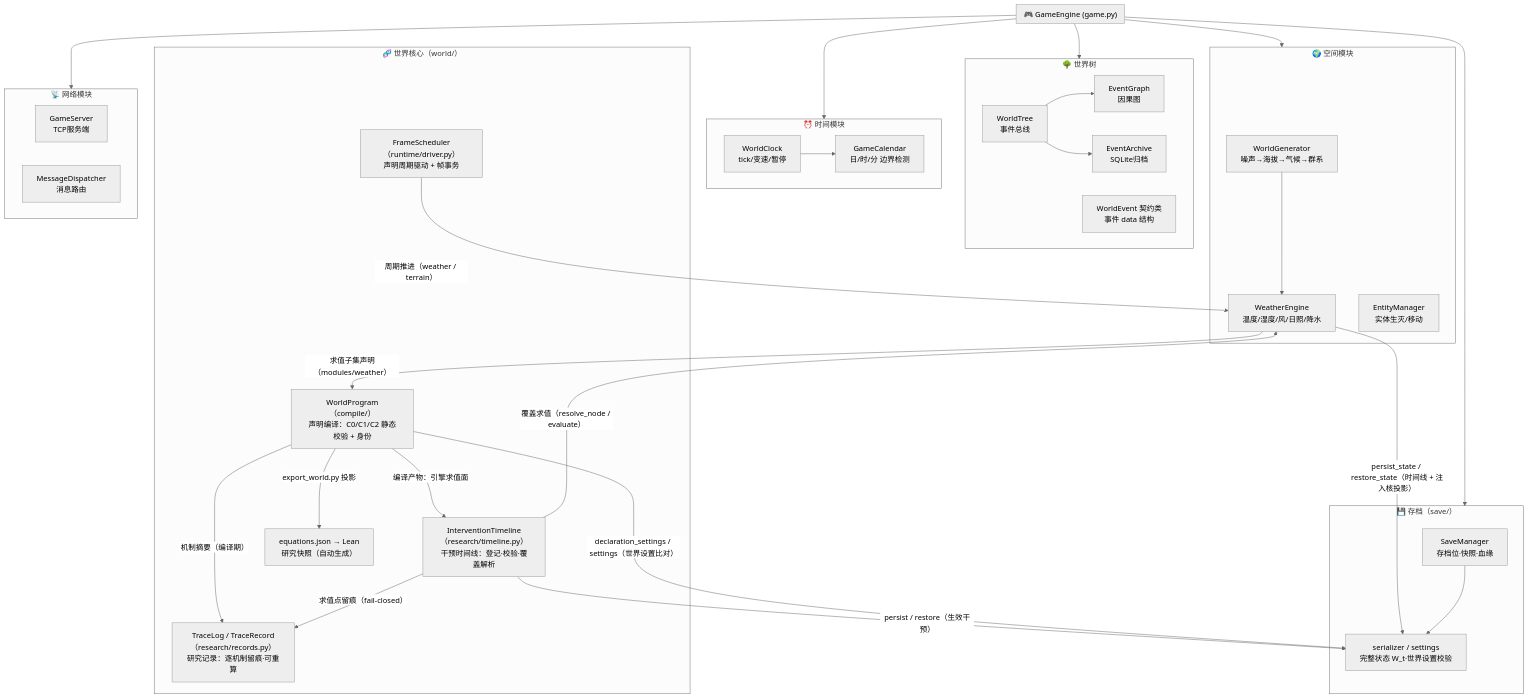
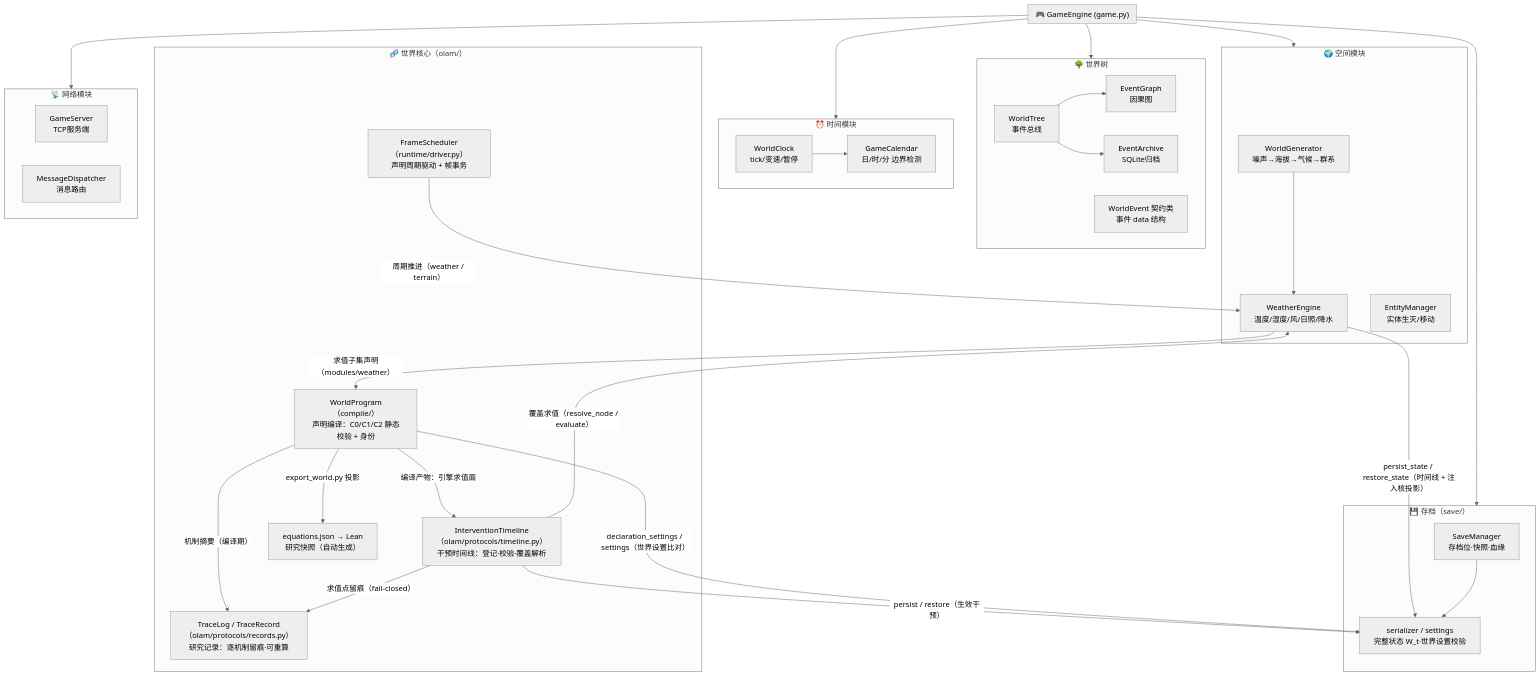
One commit to Jedidiah-Zhang/Ascend changed the first of 6 diagrams in docs/diagrams/architecture.md. Above: the diagram before and after it, drawn with Mermaid (neutral theme). The commit also changed 781 other files, not shown here.

````diff
--- a/docs/diagrams/architecture.md
+++ b/docs/diagrams/architecture.md
@@ -5,64 +5,64 @@
 ```mermaid
 graph TD
     subgraph GameEngine["🎮 GameEngine (game.py)"]
         direction LR
     end
 
     subgraph WorldTree["🌳 世界树"]
         WT_Tree["WorldTree<br/>事件总线"]
         WT_Graph["EventGraph<br/>因果图"]
         WT_Archive["EventArchive<br/>SQLite归档"]
         WT_Contract["WorldEvent 契约类<br/>事件 data 结构"]
     end
 
     subgraph Time["⏰ 时间模块"]
         CLK["WorldClock<br/>tick/变速/暂停"]
         CAL["GameCalendar<br/>日/时/分 边界检测"]
     end
 
     subgraph Space["🌍 空间模块"]
         GEN["WorldGenerator<br/>噪声→海拔→气候→群系"]
         WEA["WeatherEngine<br/>温度/湿度/风/日照/降水"]
         ENT["EntityManager<br/>实体生灭/移动"]
     end
 
-    subgraph World["🧬 世界核心（world/）"]
+    subgraph World["🧬 世界核心（olam/）"]
         REG["WorldProgram（compile/）<br/>声明编译：C0/C1/C2 静态校验 + 身份"]
-        IVT["InterventionTimeline（research/timeline.py）<br/>干预时间线：登记·校验·覆盖解析"]
+        IVT["InterventionTimeline（olam/protocols/timeline.py）<br/>干预时间线：登记·校验·覆盖解析"]
         SNAP["equations.json → Lean<br/>研究快照（自动生成）"]
-        TRC["TraceLog / TraceRecord（research/records.py）<br/>研究记录：逐机制留痕·可重算"]
+        TRC["TraceLog / TraceRecord（olam/protocols/records.py）<br/>研究记录：逐机制留痕·可重算"]
         DRV["FrameScheduler（runtime/driver.py）<br/>声明周期驱动 + 帧事务"]
     end
 
     subgraph Save["💾 存档（save/）"]
         SM["SaveManager<br/>存档位·快照·血缘"]
         SER["serializer / settings<br/>完整状态 W_t·世界设置校验"]
     end
 
     subgraph Net["📡 网络模块"]
         SRV["GameServer<br/>TCP服务端"]
         DISP["MessageDispatcher<br/>消息路由"]
     end
 
     WT_Tree --> WT_Graph
     WT_Tree --> WT_Archive
     CLK --> CAL
     GEN --> WEA
     WEA -->|"求值子集声明（modules/weather）"| REG
     REG -->|"编译产物：引擎求值面"| IVT
     IVT -->|"覆盖求值（resolve_node / evaluate）"| WEA
     REG -->|"export_world.py 投影"| SNAP
     REG -->|"机制摘要（编译期）"| TRC
     IVT -->|"求值点留痕（fail-closed）"| TRC
     IVT -->|"persist / restore（生效干预）"| SER
     WEA -->|"persist_state / restore_state（时间线 + 注入核投影）"| SER
     REG -->|"declaration_settings / settings（世界设置比对）"| SER
     DRV -->|"周期推进（weather / terrain）"| WEA
     SM --> SER
 
     GameEngine --> WorldTree
     GameEngine --> Time
     GameEngine --> Space
     GameEngine --> Save
     GameEngine --> Net
 ```
````
